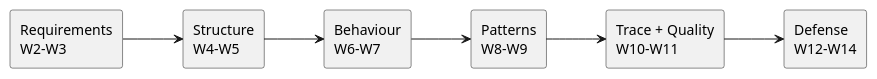
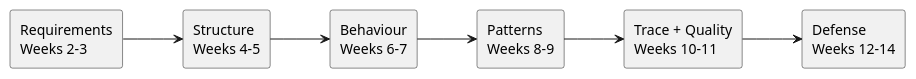
One commit to traiansf/traiansf.github.io changed the diagram in class/amss-2026/curs/14-final.md. Above: the diagram before and after it, drawn with PlantUML. The commit also changed other lines of this file and 26 other files, not shown here.

````diff
--- a/class/amss-2026/curs/14-final.md
+++ b/class/amss-2026/curs/14-final.md
@@ -40,16 +40,16 @@
 ```plantuml
 @startuml
 left to right direction
-rectangle "Requirements\nW2-W3" as R
-rectangle "Structure\nW4-W5" as S
-rectangle "Behaviour\nW6-W7" as B
-rectangle "Patterns\nW8-W9" as P
-rectangle "Trace + Quality\nW10-W11" as T
-rectangle "Defense\nW12-W14" as D
+rectangle "Requirements\nWeeks 2-3" as R
+rectangle "Structure\nWeeks 4-5" as S
+rectangle "Behaviour\nWeeks 6-7" as B
+rectangle "Patterns\nWeeks 8-9" as P
+rectangle "Trace + Quality\nWeeks 10-11" as T
+rectangle "Defense\nWeeks 12-14" as D
 R --> S
 S --> B
 B --> P
 P --> T
 T --> D
 @enduml
 ```
````
